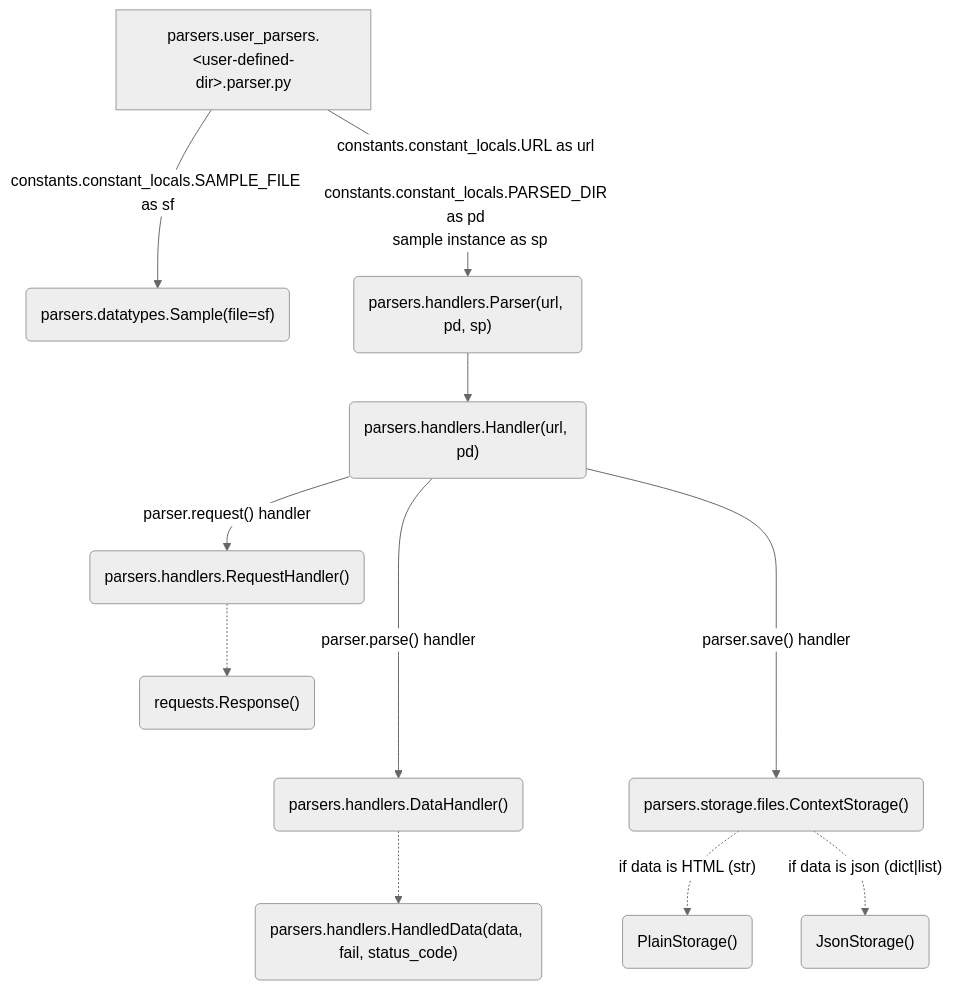
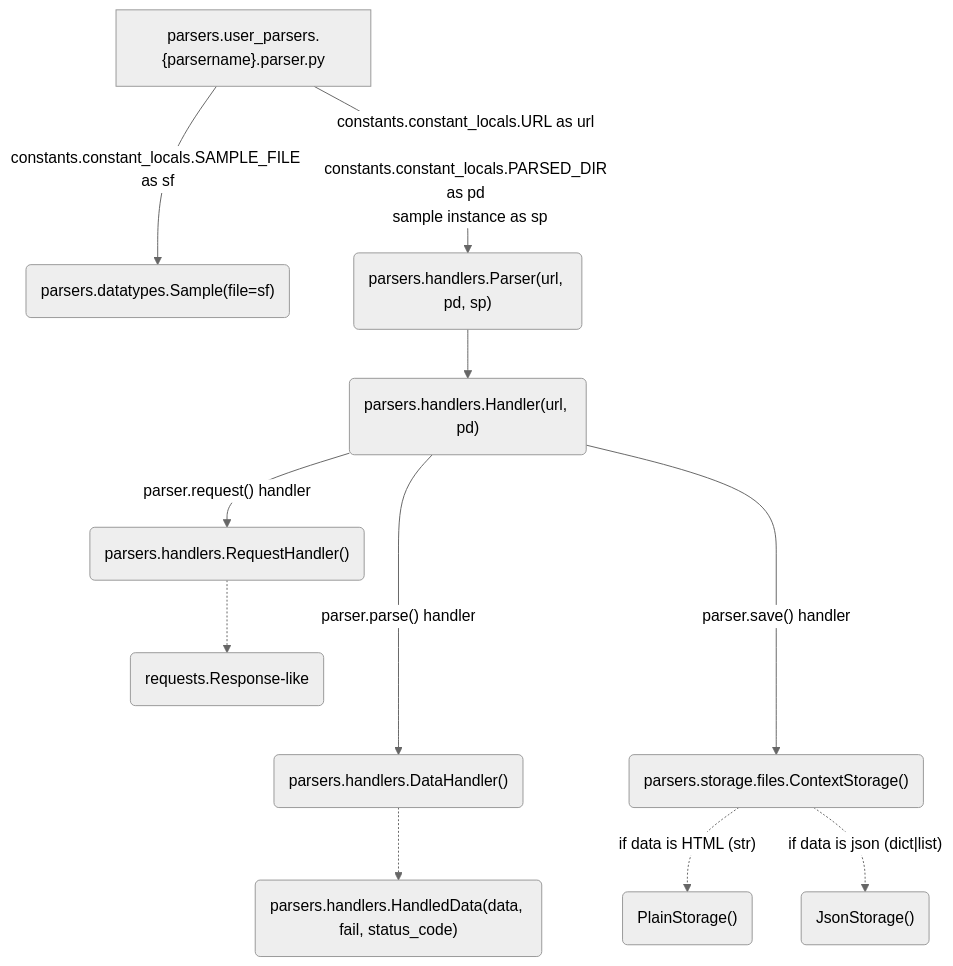
Before and after one commit to fj-fj-fj/parsers: the diagram in README.md, drawn with Mermaid (neutral theme). The commit also changed other lines of this file, not shown here.

````diff
--- a/README.md
+++ b/README.md
@@ -61,15 +131,15 @@
 ```mermaid
 graph TD
-A["parsers.user_parsers.&lt;user-defined-dir&gt;</user-defined-dir>.parser.py"] -->|"constants.constant_locals.SAMPLE_FILE as sf"| B("parsers.datatypes.Sample(file=sf)")
+A["parsers.user_parsers.{parsername}.parser.py"] -->|"constants.constant_locals.SAMPLE_FILE as sf"| B("parsers.datatypes.Sample(file=sf)")
 A -->|constants.constant_locals.URL as url <br> constants.constant_locals.PARSED_DIR as pd <br> sample instance as sp| C("parsers.handlers.Parser(url, pd, sp)")
 C --> D("parsers.handlers.Handler(url, pd)")
 D -->|"parser.request() handler"| E("parsers.handlers.RequestHandler()")
 D ---->|"parser.parse() handler"| F("parsers.handlers.DataHandler()")
 D ---->|"parser.save() handler"| G("parsers.storage.files.ContextStorage()")
 
-E -.-> H("requests.Response()")
+E -.-> H("requests.Response-like")
 F -.-> I("parsers.handlers.HandledData(data, fail, status_code)")
 
 G -.->|"if data is HTML (str)"| Y("PlainStorage()")
 G -.->|"if data is json (dict|list)"| Z("JsonStorage()")
 ```
````
